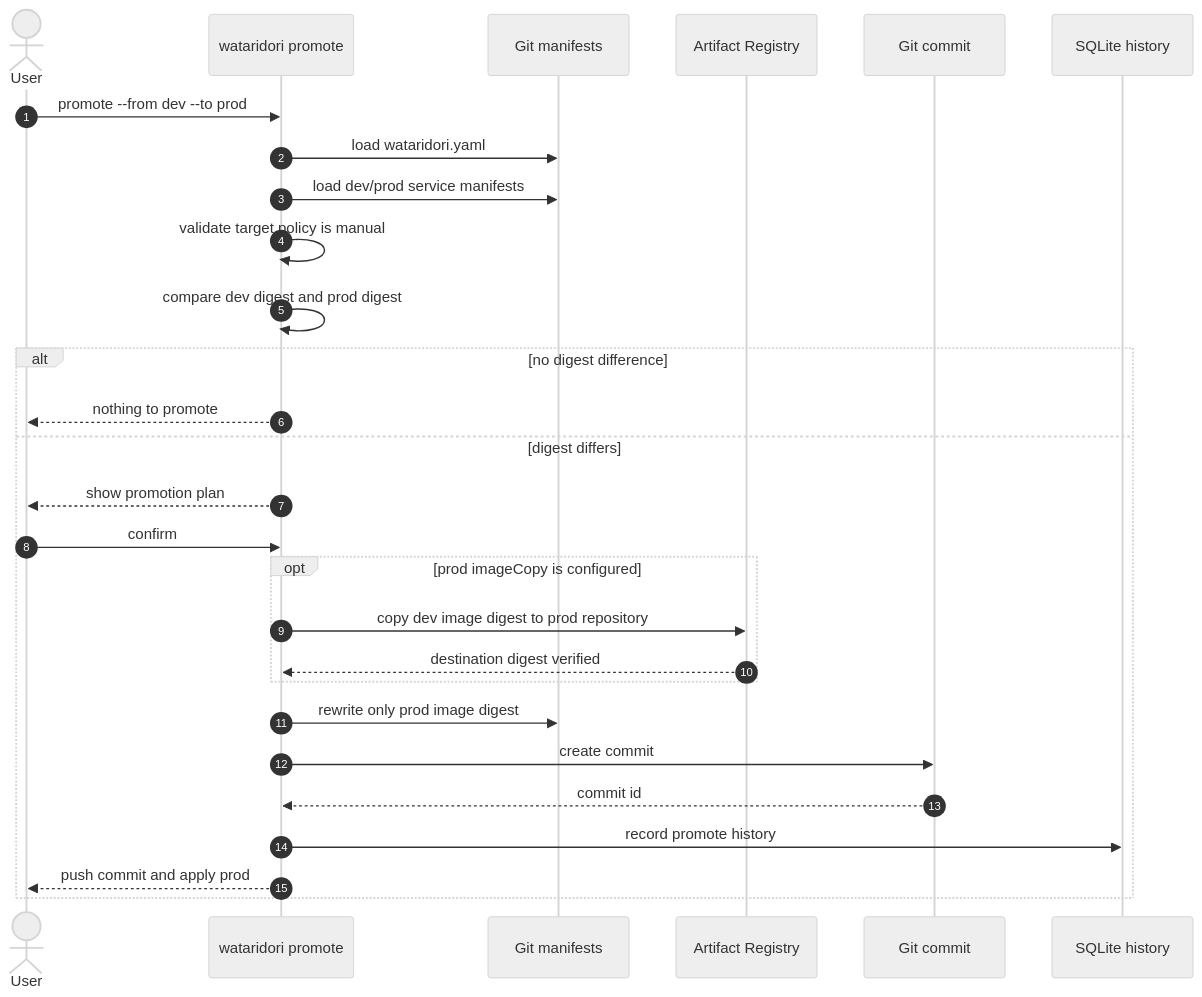
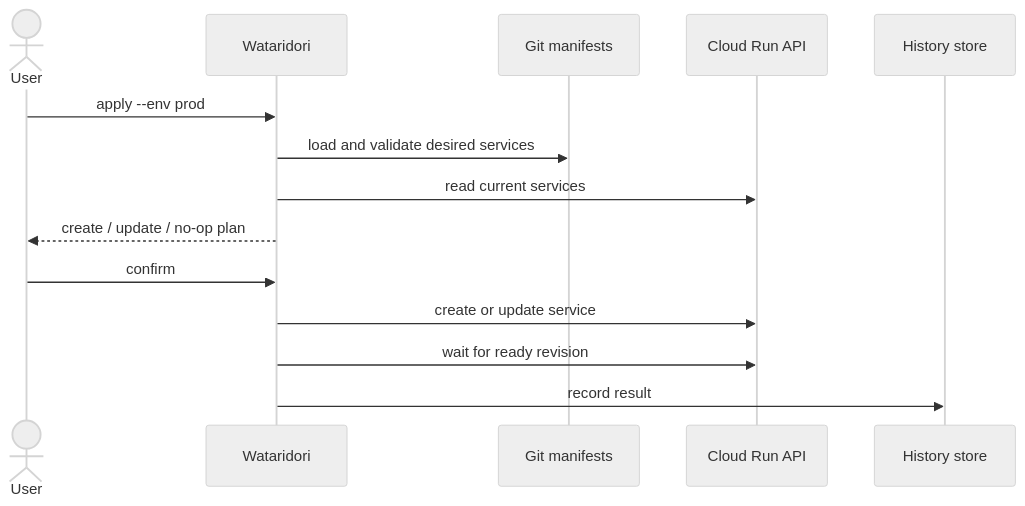
Before and after one commit to Retr0413/wataridori: the third of 7 diagrams in docs/system-flow.md, drawn with Mermaid (neutral theme). The commit also changed other lines of this file and 15 other files, not shown here.

````diff
--- a/docs/system-flow.md
+++ b/docs/system-flow.md
@@ -86,34 +59,17 @@
 ```mermaid
 sequenceDiagram
-    autonumber
     actor User
-    participant CLI as wataridori promote
-    participant Repo as Git manifests
-    participant AR as Artifact Registry
-    participant Git as Git commit
-    participant DB as SQLite history
+    participant W as Wataridori
+    participant Git as Git manifests
+    participant Run as Cloud Run API
+    participant Store as History store
 
-    User->>CLI: promote --from dev --to prod
-    CLI->>Repo: load wataridori.yaml
-    CLI->>Repo: load dev/prod service manifests
-    CLI->>CLI: validate target policy is manual
-    CLI->>CLI: compare dev digest and prod digest
-
-    alt no digest difference
-        CLI-->>User: nothing to promote
-    else digest differs
-        CLI-->>User: show promotion plan
-        User->>CLI: confirm
-
-        opt prod imageCopy is configured
-            CLI->>AR: copy dev image digest to prod repository
-            AR-->>CLI: destination digest verified
-        end
-
-        CLI->>Repo: rewrite only prod image digest
-        CLI->>Git: create commit
-        Git-->>CLI: commit id
-        CLI->>DB: record promote history
-        CLI-->>User: push commit and apply prod
-    end
+    User->>W: apply --env prod
+    W->>Git: load and validate desired services
+    W->>Run: read current services
+    W-->>User: create / update / no-op plan
+    User->>W: confirm
+    W->>Run: create or update service
+    W->>Run: wait for ready revision
+    W->>Store: record result
 ```
````
